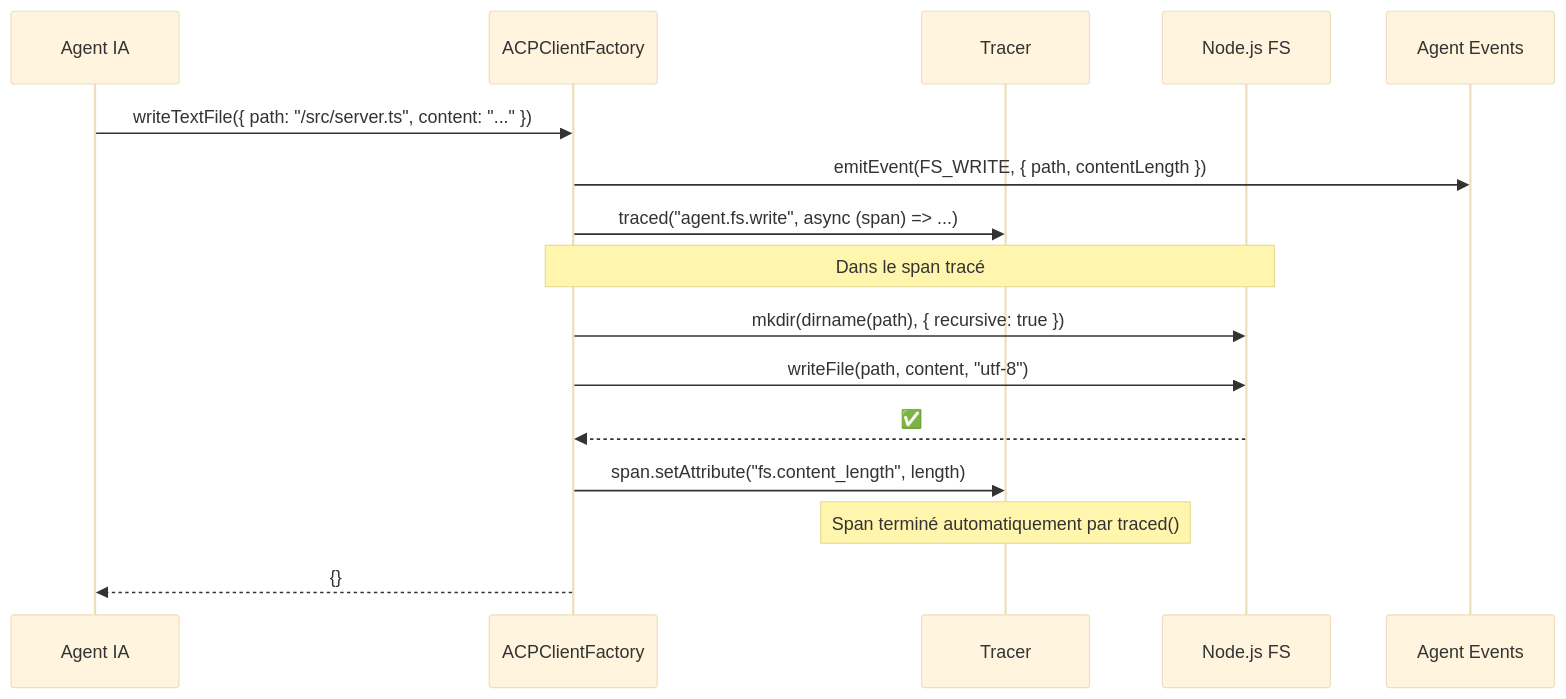
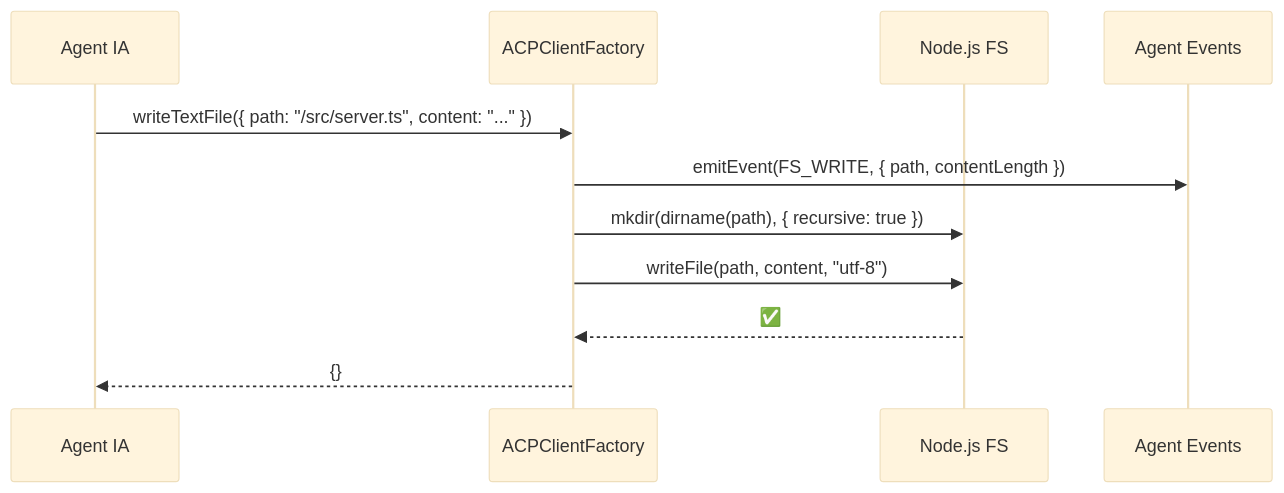
One commit to atinseau/stark changed the fourth of 10 diagrams in docs/components/acp-client-factory.md. Above: the diagram before and after it, drawn with Mermaid (base theme). The commit also changed other lines of this file and 13 other files, not shown here.

````diff
--- a/docs/components/acp-client-factory.md
+++ b/docs/components/acp-client-factory.md
@@ -264,25 +218,17 @@
 ```mermaid
 sequenceDiagram
     participant ACP as Agent IA
     participant ACF as ACPClientFactory
-    participant T as Tracer
     participant FS as Node.js FS
     participant A as Agent Events
 
     ACP->>ACF: writeTextFile({ path: "/src/server.ts", content: "..." })
 
     ACF->>A: emitEvent(FS_WRITE, { path, contentLength })
 
-    ACF->>T: traced("agent.fs.write", async (span) => ...)
-
-    Note over ACF,FS: Dans le span tracé
-
     ACF->>FS: mkdir(dirname(path), { recursive: true })
     ACF->>FS: writeFile(path, content, "utf-8")
     FS-->>ACF: ✅
 
-    ACF->>T: span.setAttribute("fs.content_length", length)
-    Note over T: Span terminé automatiquement par traced()
-
     ACF-->>ACP: {}
 ```
````
